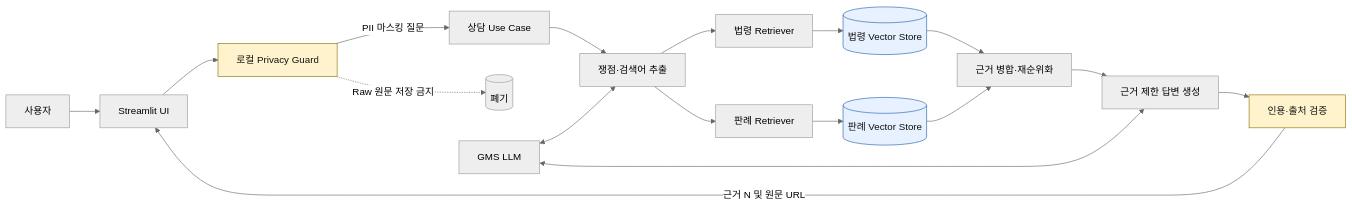
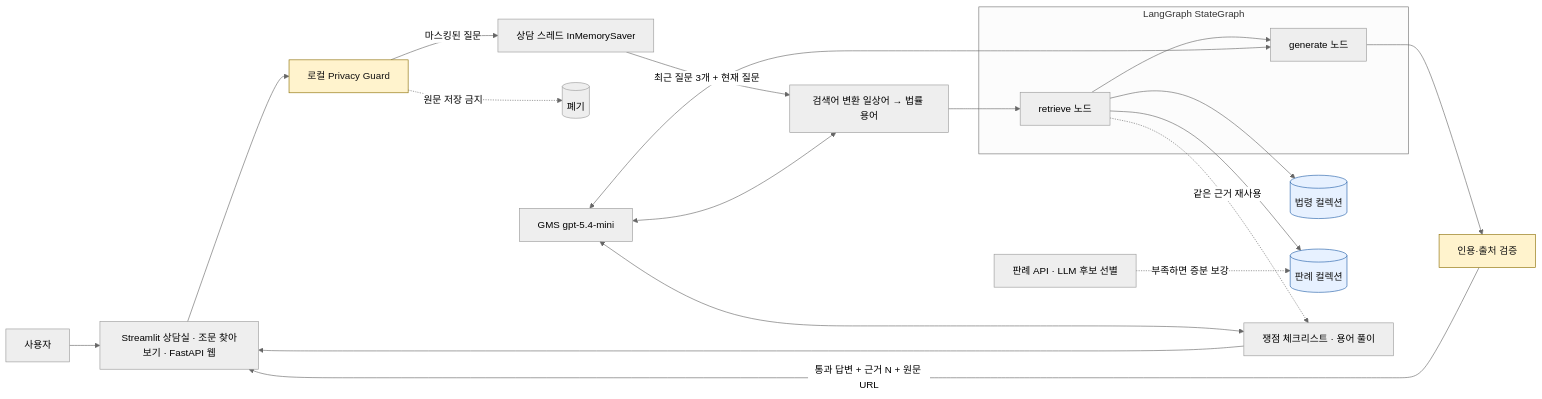
The first of 3 diagrams in docs/architecture.md (Jkim1647/ssafy16-safelaw-rag), drawn with Mermaid (neutral theme) before and after one commit. The commit also changed other lines of this file and 4 other files, not shown here.

````diff
--- a/docs/architecture.md
+++ b/docs/architecture.md
@@ -9,26 +15,30 @@
 ```mermaid
 flowchart LR
-    U[사용자] --> UI[Streamlit UI]
+    U[사용자] --> UI[Streamlit 상담실 · 조문 찾아보기 · FastAPI 웹]
     UI --> PG[로컬 Privacy Guard]
-    PG -->|PII 마스킹 질문| APP[상담 Use Case]
-    PG -.->|Raw 원문 저장 금지| DROP[(폐기)]
+    PG -->|마스킹된 질문| TH[상담 스레드 InMemorySaver]
+    PG -.->|원문 저장 금지| DROP[(폐기)]
+    TH -->|최근 질문 3개 + 현재 질문| QE[검색어 변환 일상어 → 법률 용어]
 
-    APP --> QE[쟁점·검색어 추출]
-    QE --> SR[법령 Retriever]
-    QE --> CR[판례 Retriever]
-    SR --> SV[(법령 Vector Store)]
-    CR --> CV[(판례 Vector Store)]
-    SV --> MERGE[근거 병합·재순위화]
-    CV --> MERGE
-    MERGE --> GEN[근거 제한 답변 생성]
-    GEN --> VERIFY[인용·출처 검증]
-    VERIFY -->|근거 N 및 원문 URL| UI
+    subgraph LG[LangGraph StateGraph]
+        R[retrieve 노드] --> G[generate 노드]
+    end
 
-    LLM[GMS LLM] <--> QE
-    LLM <--> GEN
+    QE --> R
+    R --> SV[(법령 컬렉션)]
+    R --> CV[(판례 컬렉션)]
+    ENR[판례 API · LLM 후보 선별] -.->|부족하면 증분 보강| CV
+    G --> VERIFY[인용·출처 검증]
+    VERIFY -->|통과 답변 + 근거 N + 원문 URL| UI
+    R -.->|같은 근거 재사용| CK[쟁점 체크리스트 · 용어 풀이]
+    CK --> UI
+
+    LLM[GMS gpt-5.4-mini] <--> QE
+    LLM <--> G
+    LLM <--> CK
 
     classDef security fill:#fff3cd,stroke:#8a6d00,color:#111;
     classDef store fill:#e7f1ff,stroke:#225ea8,color:#111;
     class PG,VERIFY security;
     class SV,CV store;
 ```
````
